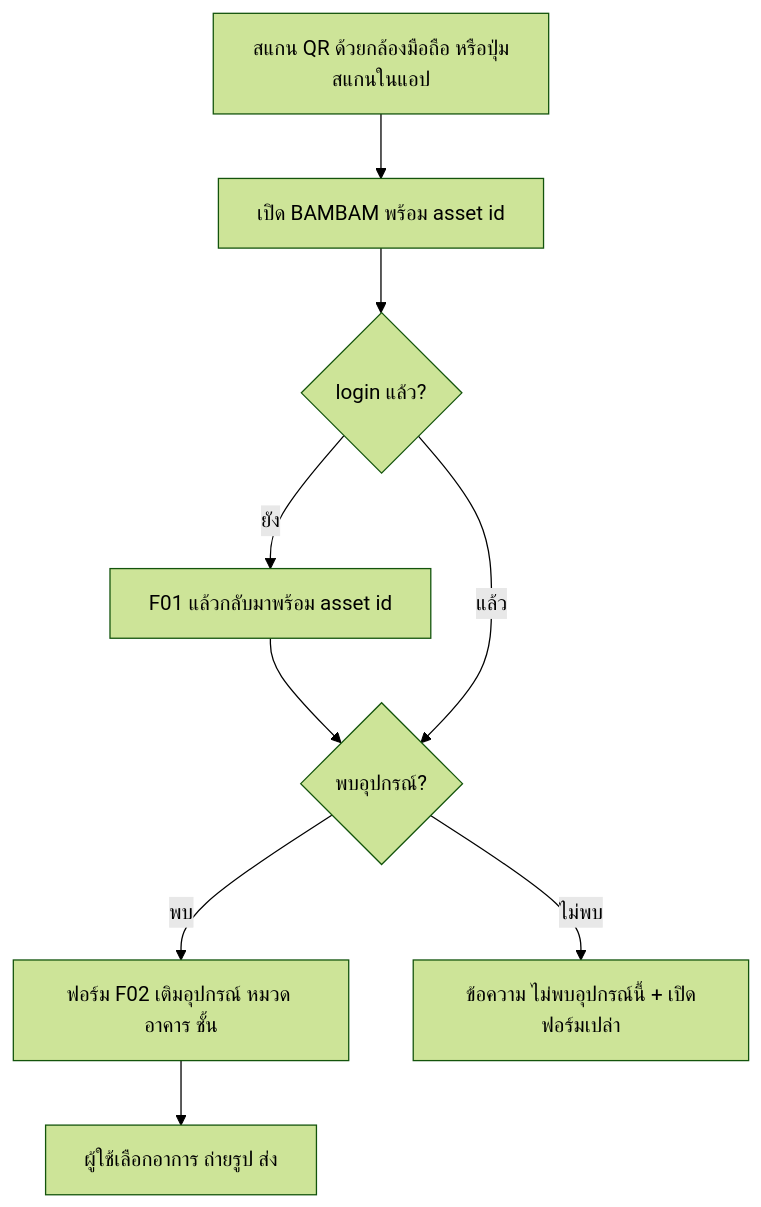
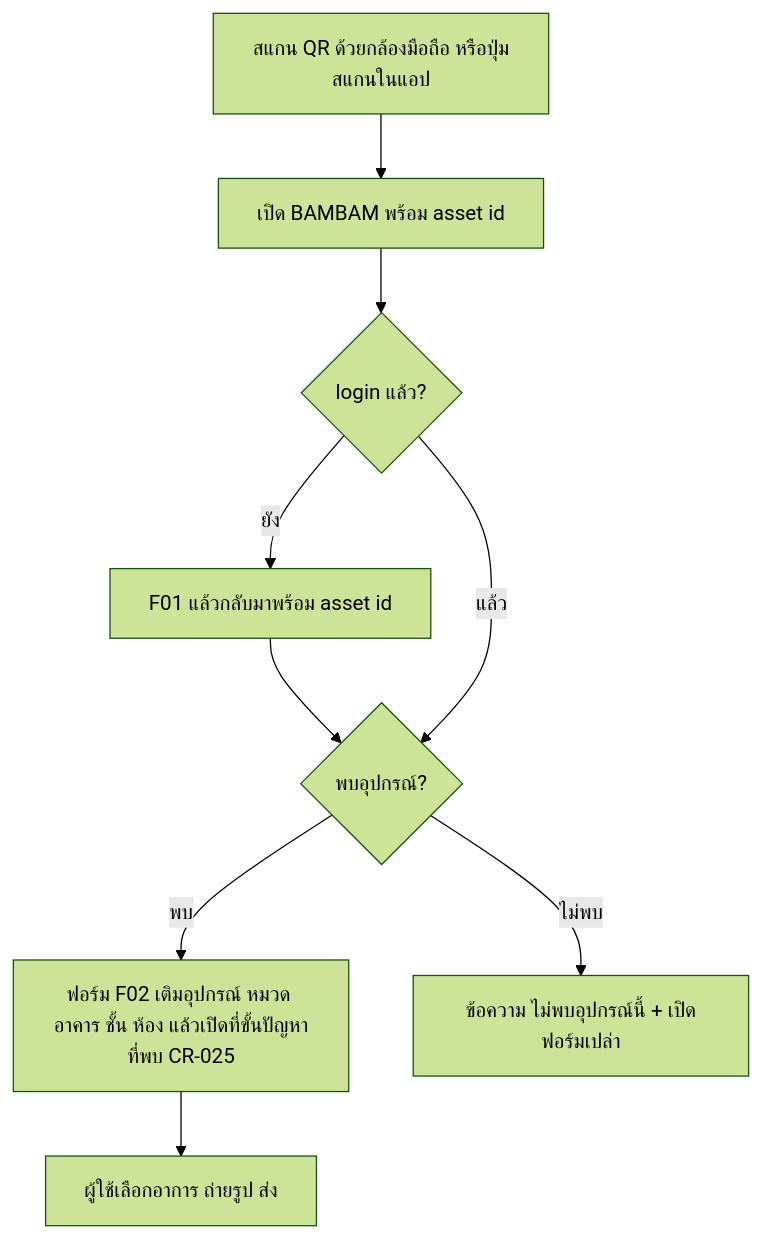
The tenth of 14 diagrams in docs/modules/repair/02-flows.md (pithawat/BAMBAM), drawn with Mermaid (forest theme) before and after one commit. The commit also changed other lines of this file and 59 other files, not shown here.

````diff
--- a/docs/modules/repair/02-flows.md
+++ b/docs/modules/repair/02-flows.md
@@ -302,9 +303,9 @@
 ```mermaid
 flowchart TD
   A[สแกน QR ด้วยกล้องมือถือ หรือปุ่มสแกนในแอป] --> B[เปิด BAMBAM พร้อม asset id]
   B --> C{login แล้ว?}
   C -- ยัง --> L[F01 แล้วกลับมาพร้อม asset id] --> D
   C -- แล้ว --> D{พบอุปกรณ์?}
-  D -- พบ --> E[ฟอร์ม F02 เติมอุปกรณ์ หมวด อาคาร ชั้น] --> F[ผู้ใช้เลือกอาการ ถ่ายรูป ส่ง]
+  D -- พบ --> E[ฟอร์ม F02 เติมอุปกรณ์ หมวด อาคาร ชั้น ห้อง แล้วเปิดที่ขั้นปัญหาที่พบ CR-025] --> F[ผู้ใช้เลือกอาการ ถ่ายรูป ส่ง]
   D -- ไม่พบ --> G[ข้อความ ไม่พบอุปกรณ์นี้ + เปิดฟอร์มเปล่า]
 ```
````
